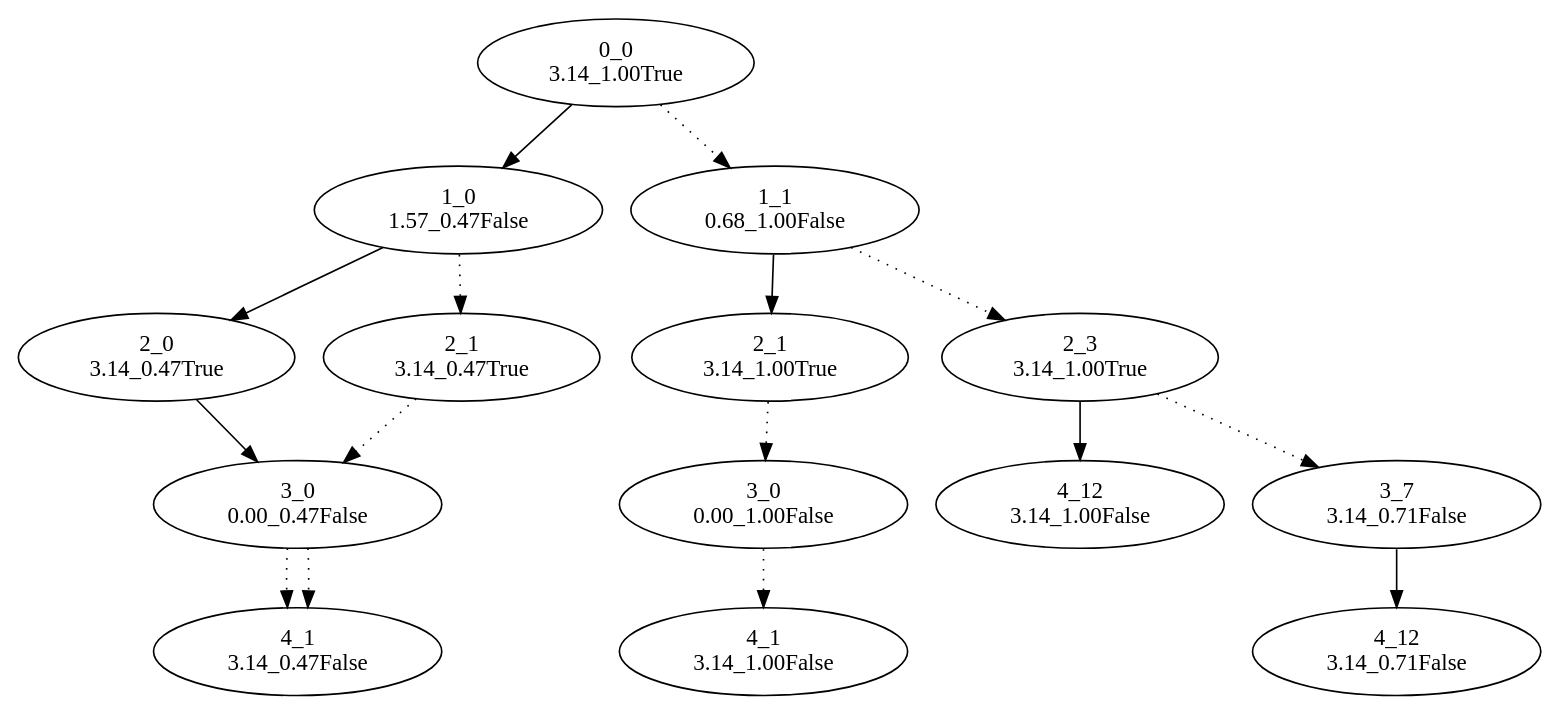
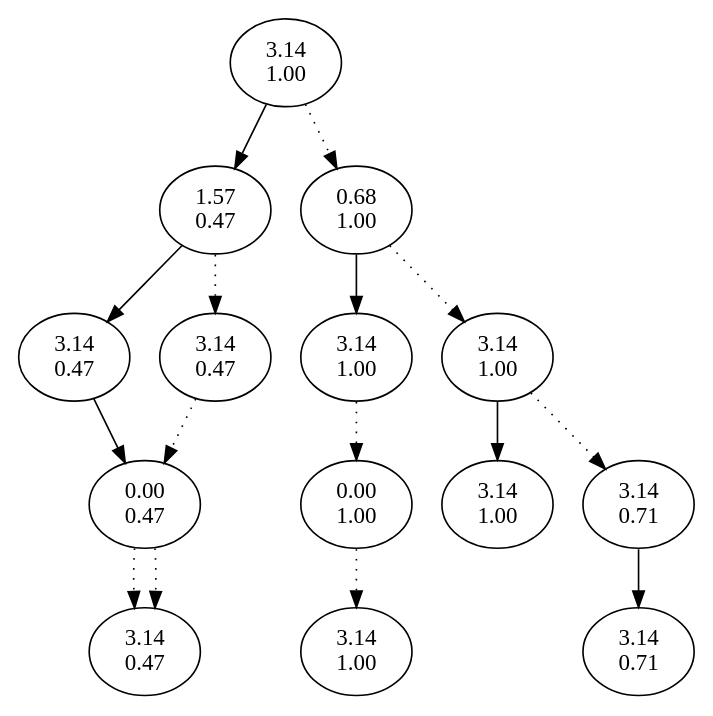
Before and after one commit to Jeff848/column_block_encoding: the diagram in angle_digraph.dot, drawn with Graphviz. The commit also changed 22 other files, not shown here.

```diff
--- a/angle_digraph.dot
+++ b/angle_digraph.dot
@@ -1,79 +1,49 @@
 digraph {
-	"0_0
-3.14_1.00True"
-	"1_0
-1.57_0.47False"
-	"0_0
-3.14_1.00True" -> "1_0
-1.57_0.47False"
-	"2_0
-3.14_0.47True"
-	"1_0
-1.57_0.47False" -> "2_0
-3.14_0.47True"
-	"3_0
-0.00_0.47False"
-	"2_0
-3.14_0.47True" -> "3_0
-0.00_0.47False"
-	"4_1
-3.14_0.47False"
-	"3_0
-0.00_0.47False" -> "4_1
-3.14_0.47False" [style=dotted]
-	"2_1
-3.14_0.47True"
-	"1_0
-1.57_0.47False" -> "2_1
-3.14_0.47True" [style=dotted]
-	"3_0
-0.00_0.47False"
-	"2_1
-3.14_0.47True" -> "3_0
-0.00_0.47False" [style=dotted]
-	"4_1
-3.14_0.47False"
-	"3_0
-0.00_0.47False" -> "4_1
-3.14_0.47False" [style=dotted]
-	"1_1
-0.68_1.00False"
-	"0_0
-3.14_1.00True" -> "1_1
-0.68_1.00False" [style=dotted]
-	"2_1
-3.14_1.00True"
-	"1_1
-0.68_1.00False" -> "2_1
-3.14_1.00True"
-	"3_0
-0.00_1.00False"
-	"2_1
-3.14_1.00True" -> "3_0
-0.00_1.00False" [style=dotted]
-	"4_1
-3.14_1.00False"
-	"3_0
-0.00_1.00False" -> "4_1
-3.14_1.00False" [style=dotted]
-	"2_3
-3.14_1.00True"
-	"1_1
-0.68_1.00False" -> "2_3
-3.14_1.00True" [style=dotted]
-	"4_12
-3.14_1.00False"
-	"2_3
-3.14_1.00True" -> "4_12
-3.14_1.00False"
-	"3_7
-3.14_0.71False"
-	"2_3
-3.14_1.00True" -> "3_7
-3.14_0.71False" [style=dotted]
-	"4_12
-3.14_0.71False"
-	"3_7
-3.14_0.71False" -> "4_12
-3.14_0.71False"
+	"0_0_1.00" [label="3.14
+1.00"]
+	"1_0_0.47" [label="1.57
+0.47"]
+	"0_0_1.00" -> "1_0_0.47"
+	"2_0_0.47" [label="3.14
+0.47"]
+	"1_0_0.47" -> "2_0_0.47"
+	"3_0_0.47" [label="0.00
+0.47"]
+	"2_0_0.47" -> "3_0_0.47"
+	"4_1_0.47" [label="3.14
+0.47"]
+	"3_0_0.47" -> "4_1_0.47" [style=dotted]
+	"2_1_0.47" [label="3.14
+0.47"]
+	"1_0_0.47" -> "2_1_0.47" [style=dotted]
+	"3_0_0.47" [label="0.00
+0.47"]
+	"2_1_0.47" -> "3_0_0.47" [style=dotted]
+	"4_1_0.47" [label="3.14
+0.47"]
+	"3_0_0.47" -> "4_1_0.47" [style=dotted]
+	"1_1_1.00" [label="0.68
+1.00"]
+	"0_0_1.00" -> "1_1_1.00" [style=dotted]
+	"2_1_1.00" [label="3.14
+1.00"]
+	"1_1_1.00" -> "2_1_1.00"
+	"3_0_1.00" [label="0.00
+1.00"]
+	"2_1_1.00" -> "3_0_1.00" [style=dotted]
+	"4_1_1.00" [label="3.14
+1.00"]
+	"3_0_1.00" -> "4_1_1.00" [style=dotted]
+	"2_3_1.00" [label="3.14
+1.00"]
+	"1_1_1.00" -> "2_3_1.00" [style=dotted]
+	"4_12_1.00" [label="3.14
+1.00"]
+	"2_3_1.00" -> "4_12_1.00"
+	"3_7_0.71" [label="3.14
+0.71"]
+	"2_3_1.00" -> "3_7_0.71" [style=dotted]
+	"4_12_0.71" [label="3.14
+0.71"]
+	"3_7_0.71" -> "4_12_0.71"
 }
```
